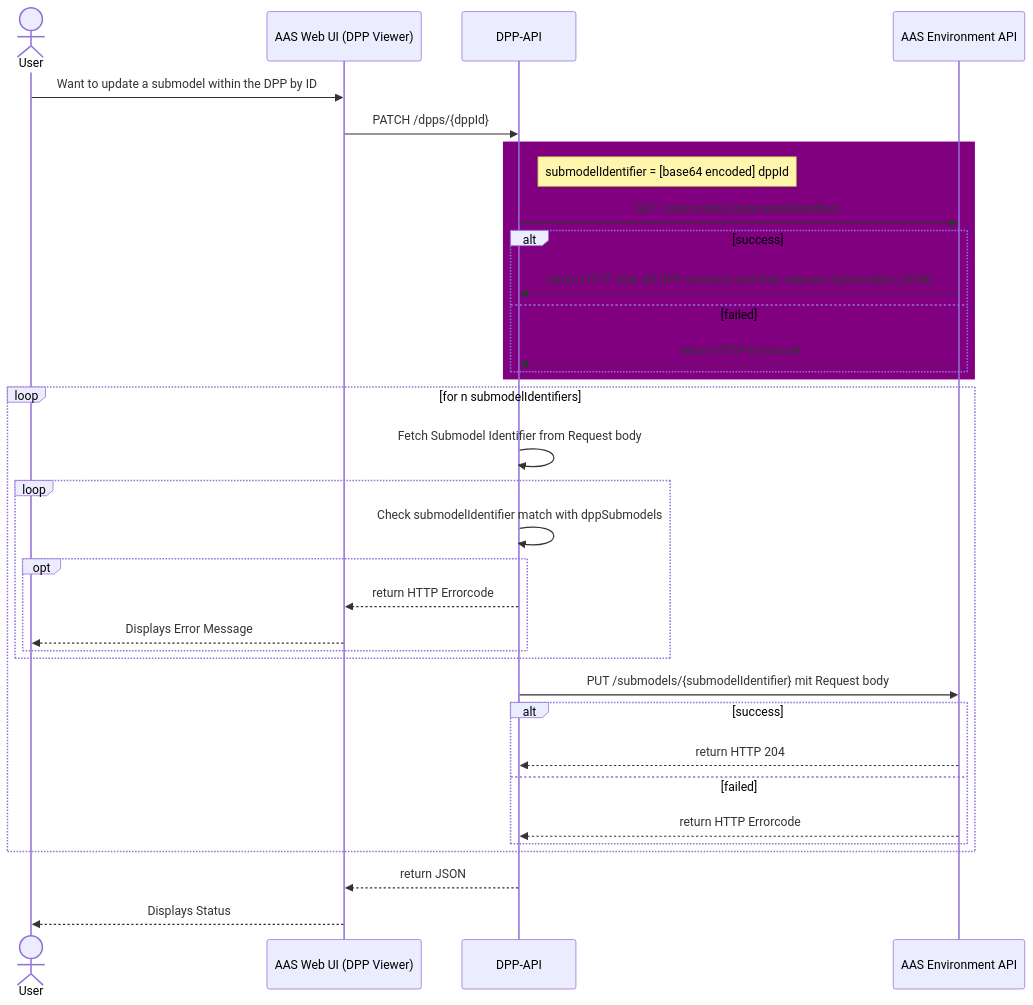
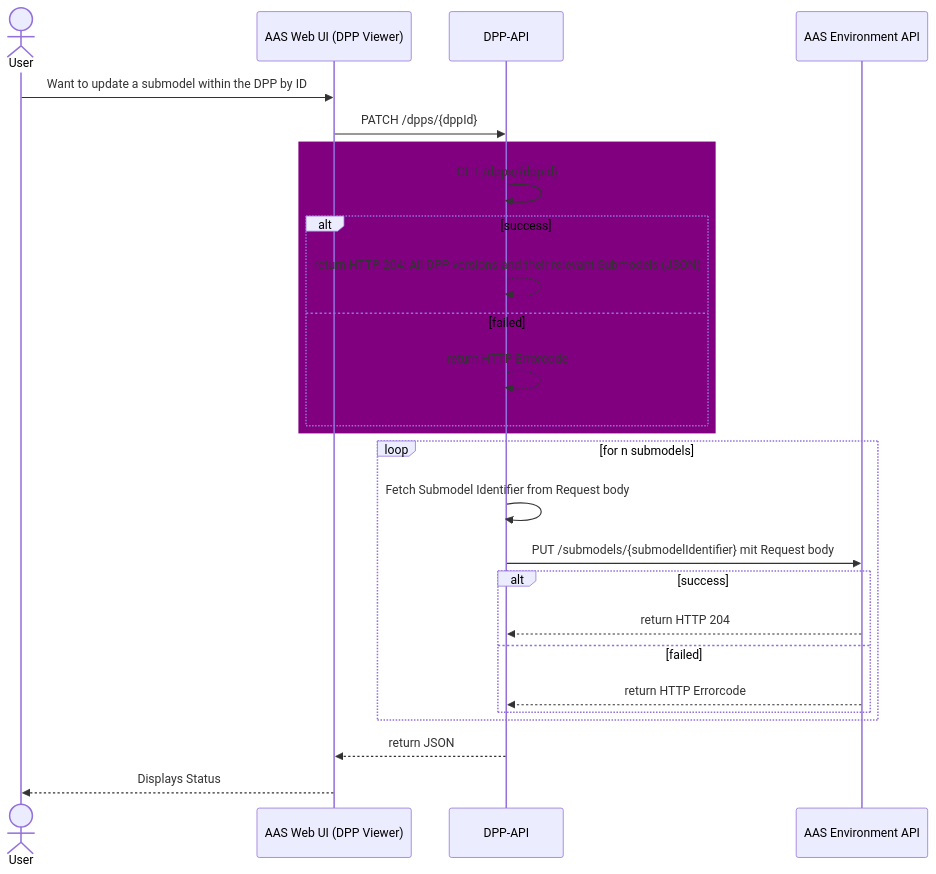
Before and after one commit to DHBW-TINF24F/Team6-BaSyx-DPP-API: the third of 10 diagrams in PROJECT/SAS/mapping.md, drawn with Mermaid. The commit also changed other lines of this file and 1 other file, not shown here.

````diff
--- a/PROJECT/SAS/mapping.md
+++ b/PROJECT/SAS/mapping.md
@@ -107,44 +109,33 @@
 ```mermaid
 sequenceDiagram
   actor User
   participant Web as AAS Web UI (DPP Viewer)
   participant API as DPP-API
   participant Env as AAS Environment API
 
   User->>Web: Want to update a submodel within the DPP by ID
   Web->>API: PATCH /dpps/{dppId}
 
   rect purple
-    Note right of API: submodelIdentifier = [base64 encoded] dppId
-    API->>Env: GET /submodels/{submodelIdentifier}
+    API->>API: GET /dpps/{dppId}
     alt success
-        Env-->>API: return HTTP 204: All DPP versions and their relevant Submodels (JSON)
+        API-->>API: return HTTP 204: All DPP versions and their relevant Submodels (JSON)
     else failed
-        Env-->>API: return HTTP Errorcode
+        API-->>API: return HTTP Errorcode
     end
   end
 
-  loop for n submodelIdentifiers
+  loop for n submodels
     API->>API: Fetch Submodel Identifier from Request body
-
-    loop
-        API->>API: Check submodelIdentifier match with dppSubmodels
-
-        opt
-            API-->>Web: return HTTP Errorcode
-            Web-->>User: Displays Error Message
-        end
-    end
-
     API->>Env: PUT /submodels/{submodelIdentifier} mit Request body
     
     alt success
         Env-->>API: return HTTP 204
     else failed
         Env-->>API: return HTTP Errorcode
     end
   end
   
   API-->>Web: return JSON
   Web-->>User: Displays Status
 ```
````
